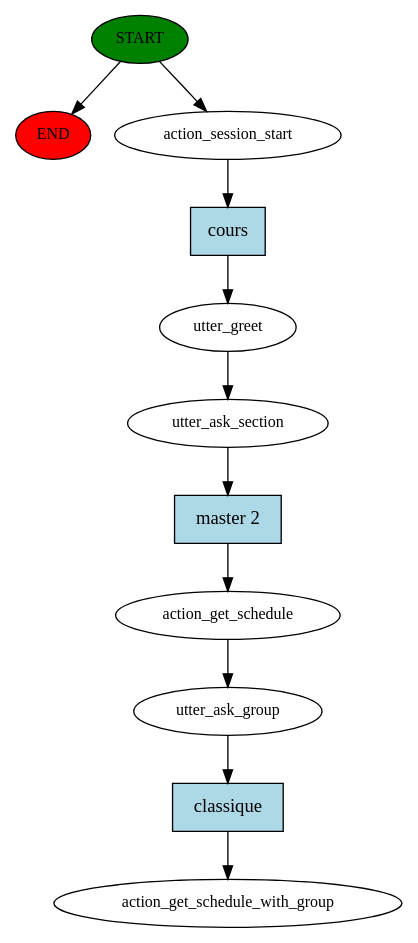
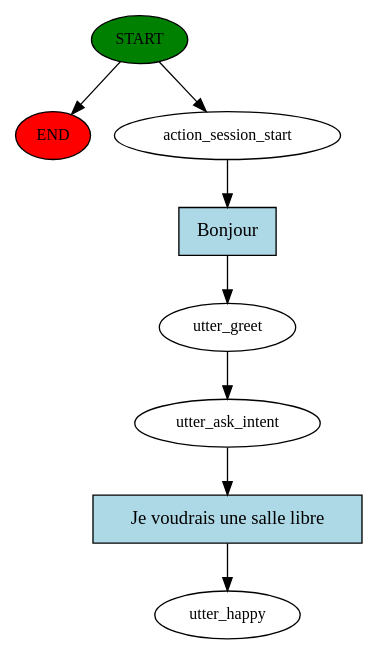
The diagram in story_graph.dot (AdelChabli/RasaProject), drawn with Graphviz before and after one commit. The commit also changed 1065 other files, not shown here.

```diff
--- a/story_graph.dot
+++ b/story_graph.dot
@@ -1,23 +1,17 @@
 digraph  {
 0 [class="start active", fillcolor=green, fontsize=12, label=START, style=filled];
 "-1" [class=end, fillcolor=red, fontsize=12, label=END, style=filled];
 1 [class=active, fontsize=12, label=action_session_start];
 2 [class=active, fontsize=12, label=utter_greet];
-3 [class=active, fontsize=12, label=utter_ask_section];
-4 [class=active, fontsize=12, label=action_get_schedule];
-5 [class=active, fontsize=12, label=utter_ask_group];
-6 [class="dashed active", fontsize=12, label=action_get_schedule_with_group];
-7 [class="intent active", fillcolor=lightblue, label=cours, shape=rect, style=filled];
-8 [class="intent active", fillcolor=lightblue, label="master 2", shape=rect, style=filled];
-9 [class="intent active", fillcolor=lightblue, label=classique, shape=rect, style=filled];
+3 [class=active, fontsize=12, label=utter_ask_intent];
+4 [class="dashed active", fontsize=12, label=utter_happy];
+5 [class="intent active", fillcolor=lightblue, label=Bonjour, shape=rect, style=filled];
+6 [class="intent active", fillcolor=lightblue, label="Je voudrais une salle libre", shape=rect, style=filled];
 0 -> "-1"  [class="", key=NONE, label=""];
 0 -> 1  [class=active, key=NONE, label=""];
-1 -> 7  [class=active, key=0];
+1 -> 5  [class=active, key=0];
 2 -> 3  [class=active, key=NONE, label=""];
-3 -> 8  [class=active, key=0];
-4 -> 5  [class=active, key=NONE, label=""];
-5 -> 9  [class=active, key=0];
-7 -> 2  [class=active, key=0];
-8 -> 4  [class=active, key=0];
-9 -> 6  [class=active, key=0];
+3 -> 6  [class=active, key=0];
+5 -> 2  [class=active, key=0];
+6 -> 4  [class=active, key=0];
 }
```
